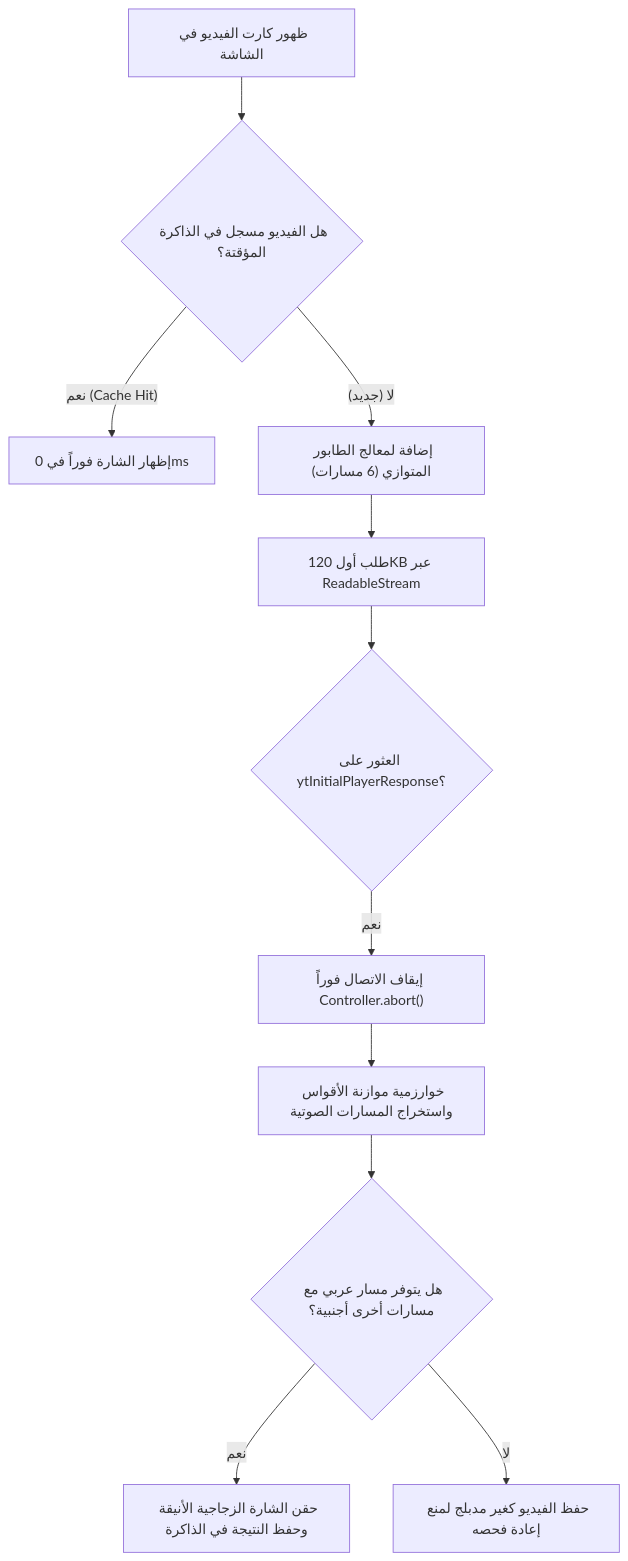
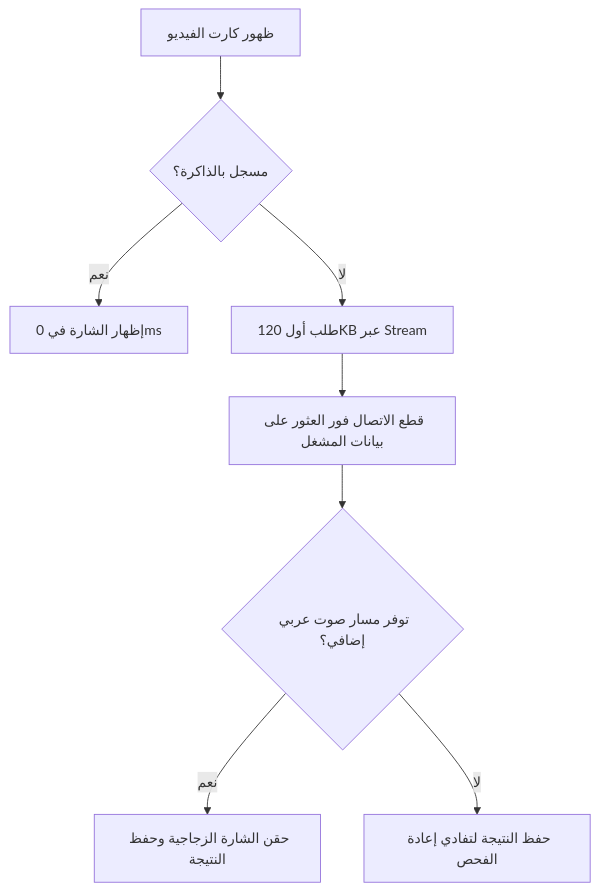
The diagram in README.md (faresstude3-afk/youtube-dub-detection), drawn with Mermaid before and after one commit. The commit also changed other lines of this file and 2 other files, not shown here.

````diff
--- a/README.md
+++ b/README.md
@@ -167,13 +79,10 @@
 ```mermaid
 flowchart TD
-    A["ظهور كارت الفيديو في الشاشة"] --> B{"هل الفيديو مسجل في الذاكرة المؤقتة؟"}
-    B -- "نعم (Cache Hit)" --> C["إظهار الشارة فوراً في 0ms"]
-    B -- "لا (جديد)" --> D["إضافة لمعالج الطابور المتوازي (6 مسارات)"]
-    D --> E["طلب أول 120KB عبر ReadableStream"]
-    E --> F{"العثور على ytInitialPlayerResponse؟"}
-    F -- "نعم" --> G["إيقاف الاتصال فوراً Controller.abort()"]
-    G --> H["خوارزمية موازنة الأقواس واستخراج المسارات الصوتية"]
-    H --> I{"هل يتوفر مسار عربي مع مسارات أخرى أجنبية؟"}
-    I -- "نعم" --> J["حقن الشارة الزجاجية الأنيقة وحفظ النتيجة في الذاكرة"]
-    I -- "لا" --> K["حفظ الفيديو كغير مدبلج لمنع إعادة فحصه"]
+    A["ظهور كارت الفيديو"] --> B{"مسجل بالذاكرة؟"}
+    B -- "نعم" --> C["إظهار الشارة في 0ms"]
+    B -- "لا" --> D["طلب أول 120KB عبر Stream"]
+    D --> E["قطع الاتصال فور العثور على بيانات المشغل"]
+    E --> F{"توفر مسار صوت عربي إضافي؟"}
+    F -- "نعم" --> G["حقن الشارة الزجاجية وحفظ النتيجة"]
+    F -- "لا" --> H["حفظ النتيجة لتفادي إعادة الفحص"]
 ```
````
